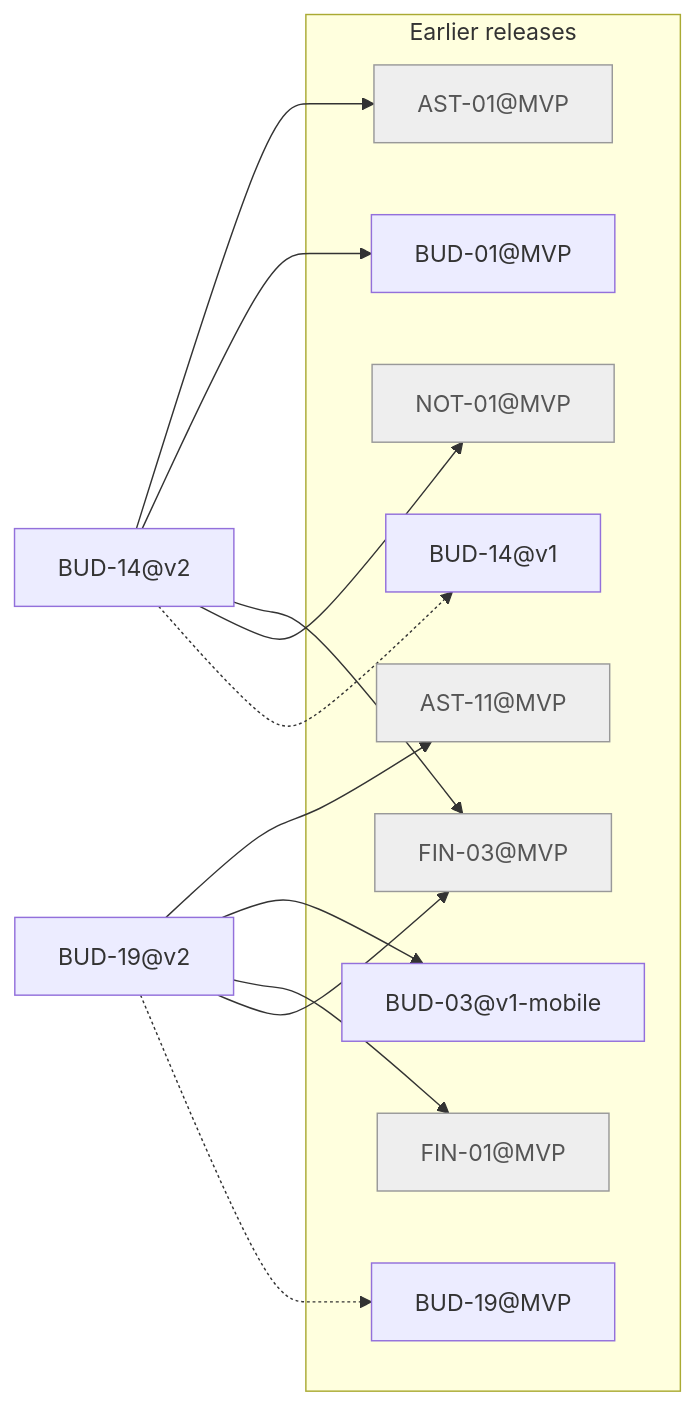
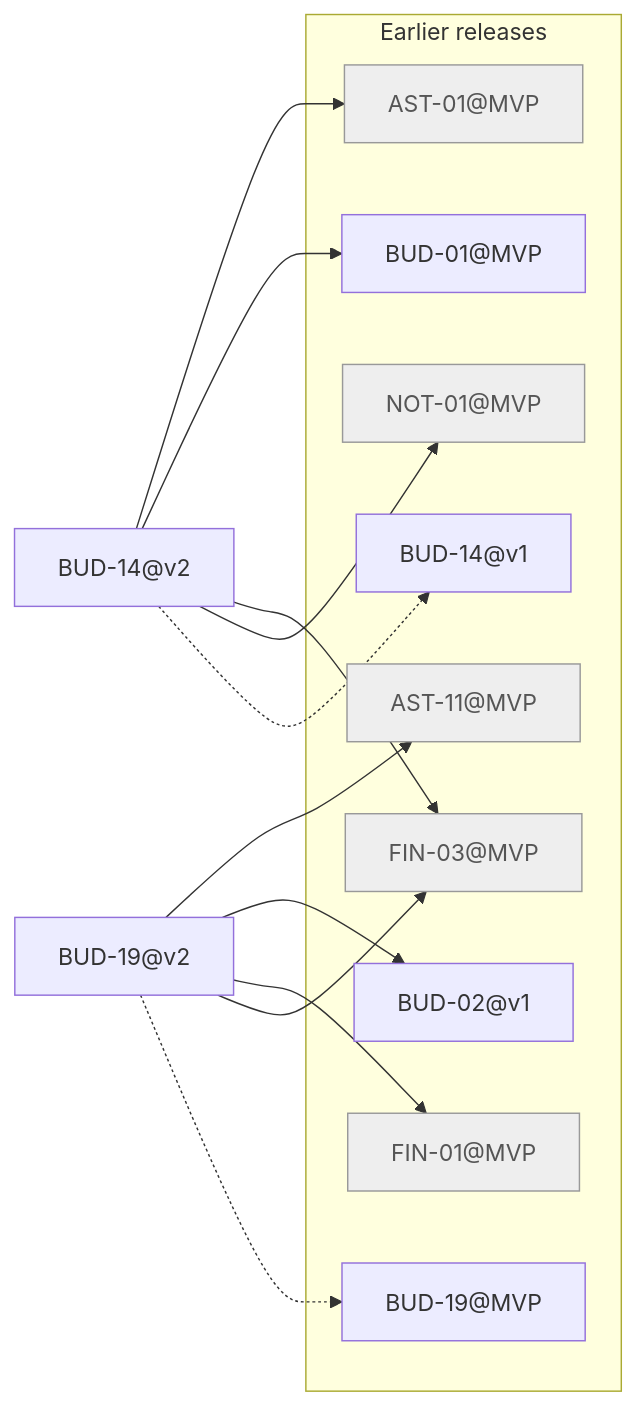
The diagram in docs/traceability/release-v2.md (minakovval/Willowsum), drawn with Mermaid before and after one commit. The commit also changed other lines of this file and 23 other files, not shown here.

````diff
--- a/docs/traceability/release-v2.md
+++ b/docs/traceability/release-v2.md
@@ -18,28 +18,28 @@
 ```mermaid
 flowchart LR
   BUD_14_v2["BUD-14@v2"]
   BUD_19_v2["BUD-19@v2"]
   subgraph earlier["Earlier releases"]
     AST_01_MVP["AST-01@MVP"]
     AST_11_MVP["AST-11@MVP"]
     BUD_01_MVP["BUD-01@MVP"]
-    BUD_03_v1_mobile["BUD-03@v1-mobile"]
+    BUD_02_v1["BUD-02@v1"]
     BUD_14_v1["BUD-14@v1"]
     BUD_19_MVP["BUD-19@MVP"]
     FIN_01_MVP["FIN-01@MVP"]
     FIN_03_MVP["FIN-03@MVP"]
     NOT_01_MVP["NOT-01@MVP"]
   end
   BUD_14_v2 --> AST_01_MVP
   BUD_14_v2 --> BUD_01_MVP
   BUD_14_v2 --> FIN_03_MVP
   BUD_14_v2 --> NOT_01_MVP
   BUD_14_v2 -.-> BUD_14_v1
   BUD_19_v2 --> AST_11_MVP
-  BUD_19_v2 --> BUD_03_v1_mobile
+  BUD_19_v2 --> BUD_02_v1
   BUD_19_v2 --> FIN_01_MVP
   BUD_19_v2 --> FIN_03_MVP
   BUD_19_v2 -.-> BUD_19_MVP
   classDef notMigrated fill:#eee,stroke:#999,color:#555
   class AST_01_MVP,AST_11_MVP,FIN_01_MVP,FIN_03_MVP,NOT_01_MVP notMigrated
 ```
````
